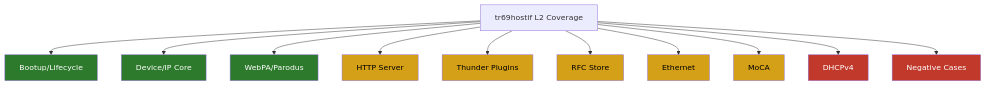
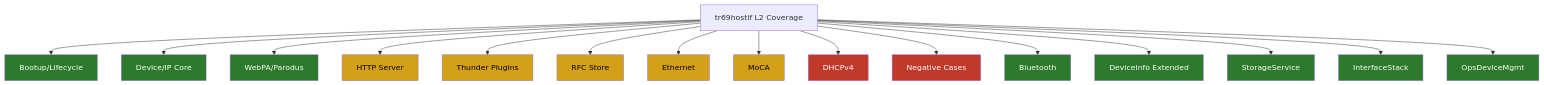
One commit to rdkcentral/tr69hostif changed the first of 2 diagrams in test/docs/L2_Test_Coverage.md. Above: the diagram before and after it, drawn with Mermaid. The commit also changed other lines of this file, not shown here.

````diff
--- a/test/docs/L2_Test_Coverage.md
+++ b/test/docs/L2_Test_Coverage.md
@@ -273,24 +303,34 @@
 ```mermaid
 graph TD
     A[tr69hostif L2 Coverage] --> B[Bootup/Lifecycle]
     A --> C[Device/IP Core]
     A --> D[WebPA/Parodus]
     A --> E[HTTP Server]
     A --> F[Thunder Plugins]
     A --> G[RFC Store]
     A --> H[Ethernet]
     A --> I[MoCA]
     A --> J[DHCPv4]
     A --> K[Negative Cases]
+    A --> L[Bluetooth]
+    A --> M[DeviceInfo Extended]
+    A --> N[StorageService]
+    A --> O[InterfaceStack]
+    A --> P[OpsDeviceMgmt]
 
     style B fill:#2d7a2d,color:#fff
     style C fill:#2d7a2d,color:#fff
     style D fill:#2d7a2d,color:#fff
     style E fill:#d4a017,color:#000
     style F fill:#d4a017,color:#000
     style G fill:#d4a017,color:#000
     style H fill:#d4a017,color:#000
     style I fill:#d4a017,color:#000
     style J fill:#c0392b,color:#fff
     style K fill:#c0392b,color:#fff
+    style L fill:#2d7a2d,color:#fff
+    style M fill:#2d7a2d,color:#fff
+    style N fill:#2d7a2d,color:#fff
+    style O fill:#2d7a2d,color:#fff
+    style P fill:#2d7a2d,color:#fff
 ```
````
